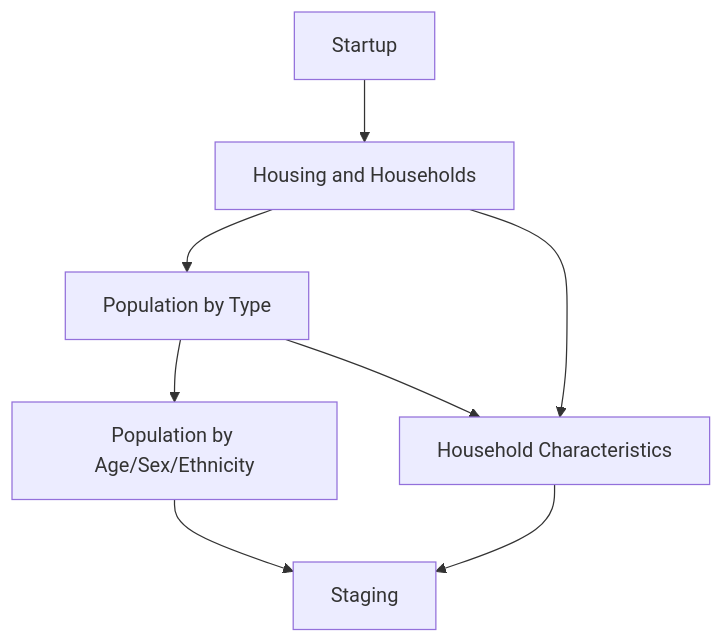
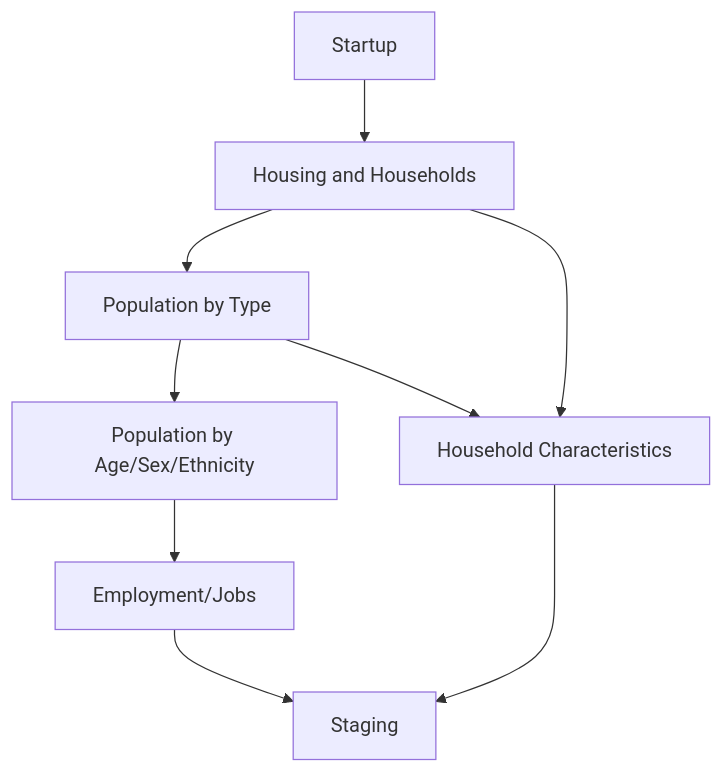
One commit to SANDAG/Estimates-Program changed the diagram in wiki/Home.md. Above: the diagram before and after it, drawn with Mermaid. The commit also changed other lines of this file and 2 other files, not shown here.

Commit message:
#214 - employment wiki

````diff
--- a/wiki/Home.md
+++ b/wiki/Home.md
@@ -26,10 +27,11 @@
 ```mermaid
 graph TD;
     Startup-->hs_hh[Housing and Households]; 
     hs_hh-->pop[Population by Type];
     pop-->pop_ase[Population by Age/Sex/Ethnicity];
     hs_hh-->hh_char[Household Characteristics];
     pop-->hh_char;
-    pop_ase-->Staging;
+    pop_ase-->emp[Employment/Jobs];
+    emp-->Staging
     hh_char-->Staging;
 ```
````
